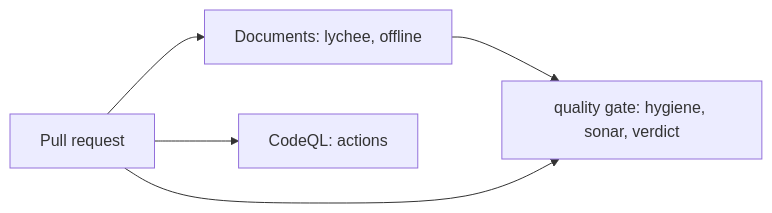
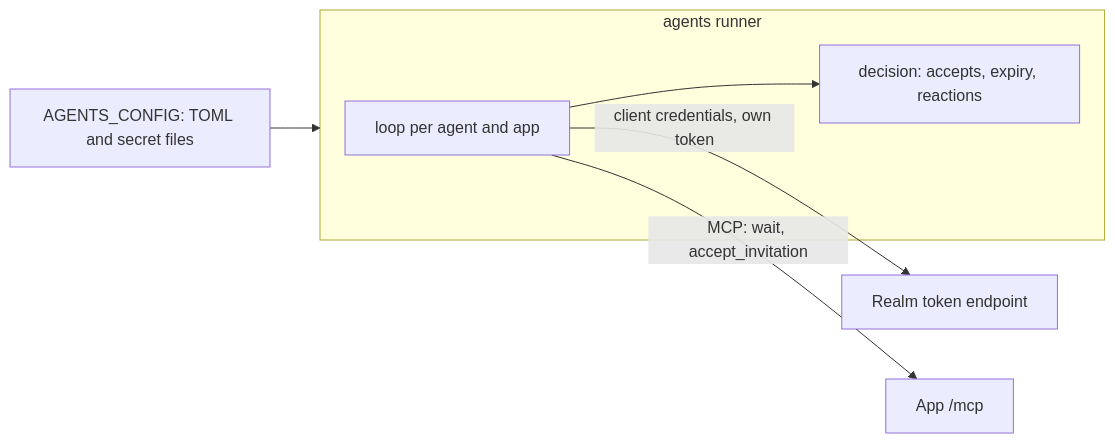
Before and after one commit to overnightworks/personas: the diagram in docs/ARCHITECTURE.md, drawn with Mermaid. The commit also changed other lines of this file and 8 other files, not shown here.

````diff
--- a/docs/ARCHITECTURE.md
+++ b/docs/ARCHITECTURE.md
@@ -11,7 +11,11 @@
 ```mermaid
 flowchart LR
-    pr["Pull request"] --> docs["Documents: lychee, offline"]
-    pr --> scan["CodeQL: actions"]
-    docs --> gate["quality gate: hygiene, sonar, verdict"]
-    pr --> gate
+    toml["AGENTS_CONFIG: TOML and secret files"] --> runner
+    subgraph runner["agents runner"]
+        loop["loop per agent and app"]
+        decision["decision: accepts, expiry, reactions"]
+        loop --> decision
+    end
+    loop -- "client credentials, own token" --> realm["Realm token endpoint"]
+    loop -- "MCP: wait, accept_invitation" --> app["App /mcp"]
 ```
````
